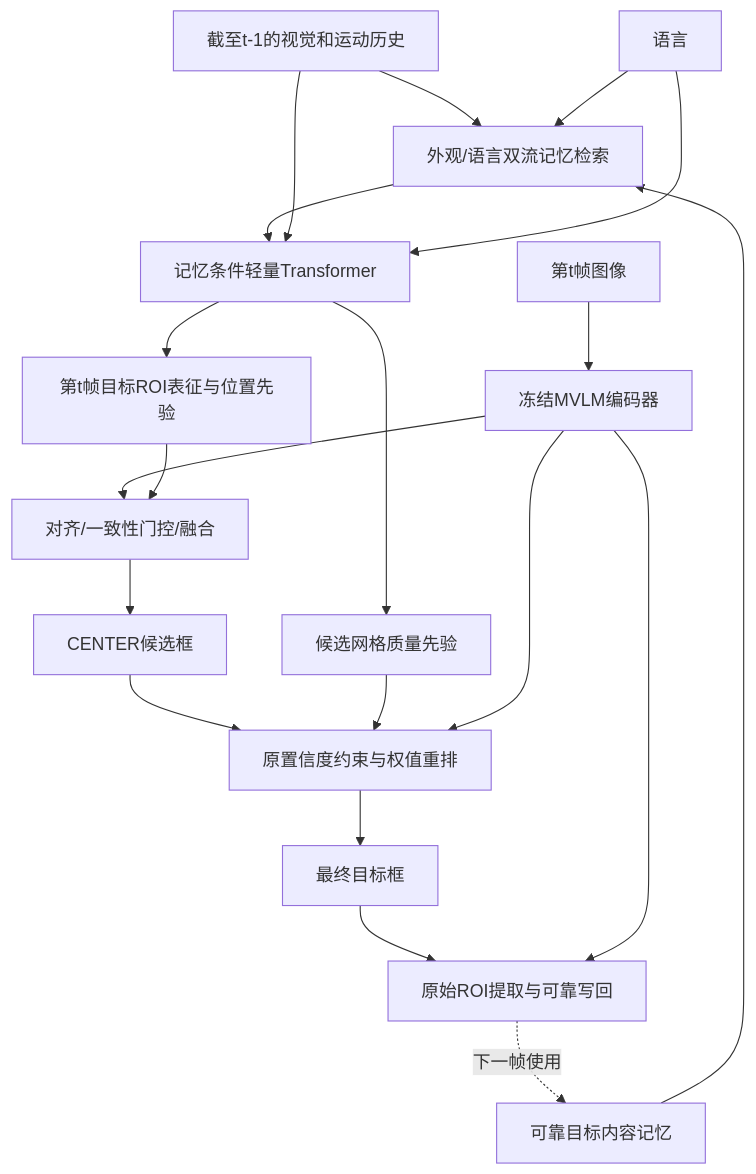
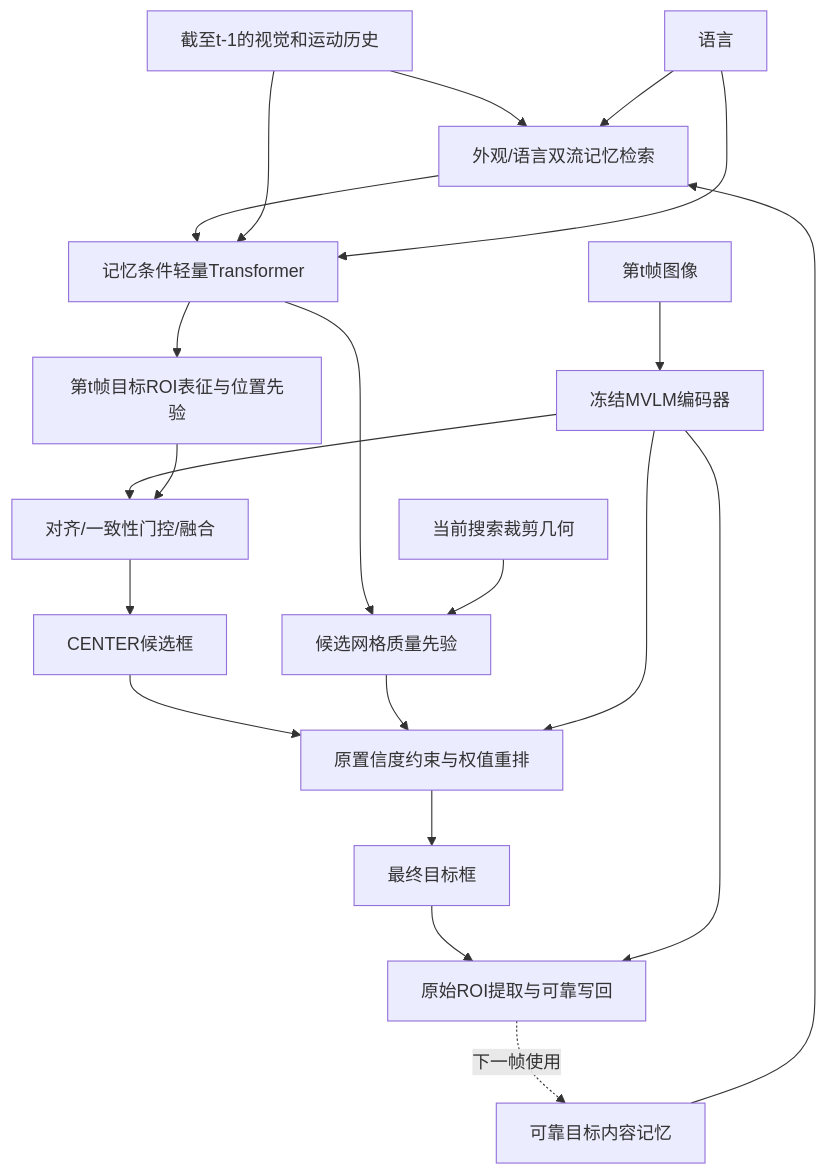
One commit to 1234567893357159/MVLM-lmz changed the diagram in reports/reproduction/MEMORY_WORLD_IMPLEMENTATION.md. Above: the diagram before and after it, drawn with Mermaid. The commit also changed other lines of this file and 4 other files, not shown here.

````diff
--- a/reports/reproduction/MEMORY_WORLD_IMPLEMENTATION.md
+++ b/reports/reproduction/MEMORY_WORLD_IMPLEMENTATION.md
@@ -9,22 +23,23 @@
 ```mermaid
 flowchart TD
   P[截至t-1的视觉和运动历史] --> R[外观/语言双流记忆检索]
   M[可靠目标内容记忆] --> R
   L[语言] --> R
   R --> W[记忆条件轻量Transformer]
   P --> W
   L --> W
   W --> A[第t帧目标ROI表征与位置先验]
   W --> Q[候选网格质量先验]
+  C[当前搜索裁剪几何] --> Q
   I[第t帧图像] --> E[冻结MVLM编码器]
   E --> F[对齐/一致性门控/融合]
   A --> F
   F --> H[CENTER候选框]
   H --> S[原置信度约束与权值重排]
   Q --> S
   E --> S
   S --> B[最终目标框]
   B --> U[原始ROI提取与可靠写回]
   E --> U
   U -. 下一帧使用 .-> M
 ```
````
